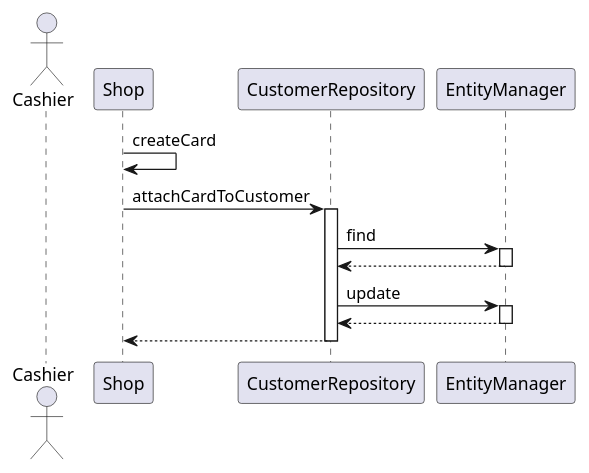
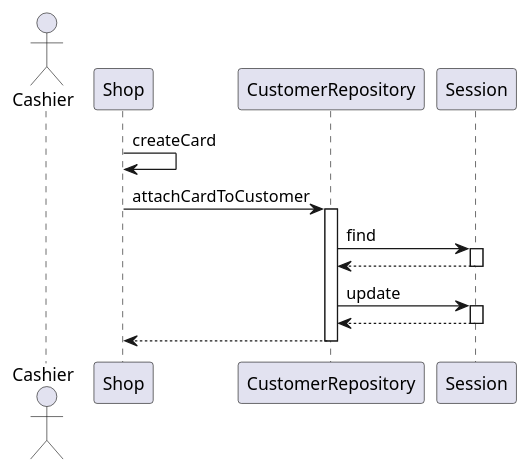
The seventh of 10 diagrams in Deliverables/DesignDocument.md (mspronesti/ezshop), drawn with PlantUML before and after one commit. The commit also changed other lines of this file and 4 other files, not shown here.

````diff
--- a/Deliverables/DesignDocument.md
+++ b/Deliverables/DesignDocument.md
@@ -415,23 +387,23 @@
 ```plantuml
 @startuml
     actor Cashier
     Shop -> Shop: createCard
     Shop -> CustomerRepository: attachCardToCustomer
     activate CustomerRepository
 
-    CustomerRepository -> EntityManager: find
-    activate EntityManager
+    CustomerRepository -> Session: find
+    activate Session
 
-    EntityManager --> CustomerRepository
-    deactivate EntityManager
+    Session --> CustomerRepository
+    deactivate Session
 
-    CustomerRepository -> EntityManager: update
-    activate EntityManager
+    CustomerRepository -> Session: update
+    activate Session
 
-    EntityManager --> CustomerRepository
-    deactivate EntityManager
+    Session --> CustomerRepository
+    deactivate Session
 
     CustomerRepository --> Shop
     deactivate CustomerRepository
 @enduml
 ```
````
